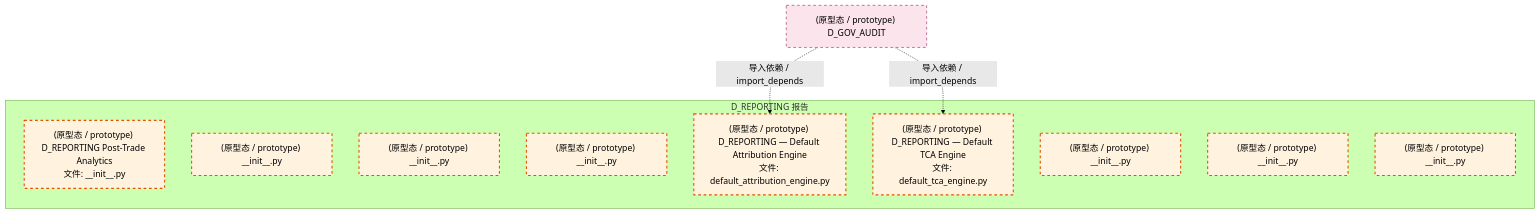
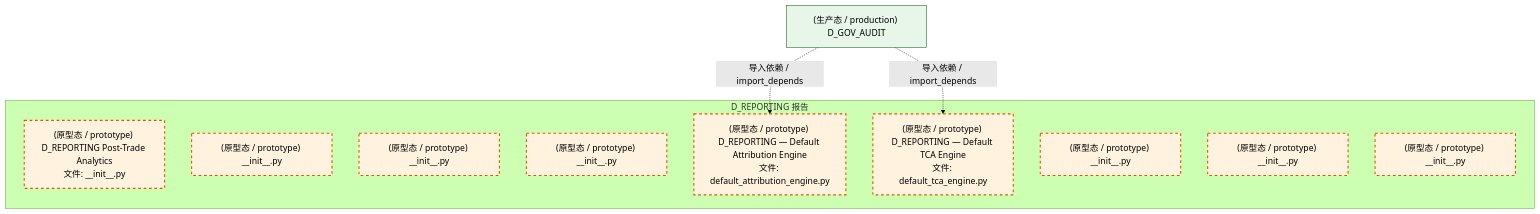
One commit to xuanFelixVan/ZephyrAlpha changed the third of 4 diagrams in docs/02_enterprise_architecture/02_domain_architecture_docs/21_d_reporting.md. Above: the diagram before and after it, drawn with Mermaid (forest theme). The commit also changed other lines of this file and 112 other files, not shown here.

````diff
--- a/docs/02_enterprise_architecture/02_domain_architecture_docs/21_d_reporting.md
+++ b/docs/02_enterprise_architecture/02_domain_architecture_docs/21_d_reporting.md
@@ -133,23 +134,23 @@
 ```mermaid
 graph TD
     subgraph D_REPORTING["D_REPORTING 报告"]
         src_zephyr_reporting_init_py["(原型态 / prototype) D_REPORTING Post-Trade Analytics<br/>文件: __init__.py"]
         src_zephyr_reporting_extensions_init_py["(原型态 / prototype) __init__.py"]
         src_zephyr_reporting_api_init_py["(原型态 / prototype) __init__.py"]
         src_zephyr_reporting_core_init_py["(原型态 / prototype) __init__.py"]
         src_zephyr_reporting_default_attribution_engine_py["(原型态 / prototype) D_REPORTING — Default Attribution Engine<br/>文件: default_attribution_engine.py"]
         src_zephyr_reporting_default_tca_engine_py["(原型态 / prototype) D_REPORTING — Default TCA Engine<br/>文件: default_tca_engine.py"]
         src_zephyr_reporting_infrastructure_init_py["(原型态 / prototype) __init__.py"]
         src_zephyr_reporting_models_init_py["(原型态 / prototype) __init__.py"]
         src_zephyr_reporting_services_init_py["(原型态 / prototype) __init__.py"]
     end
-    D_GOV_AUDIT["(原型态 / prototype) D_GOV_AUDIT"]
+    D_GOV_AUDIT["(生产态 / production) D_GOV_AUDIT"]
+    D_GOV_AUDIT -.->|导入依赖 / import_depends| src_zephyr_reporting_default_tca_engine_py
     D_GOV_AUDIT -.->|导入依赖 / import_depends| src_zephyr_reporting_default_attribution_engine_py
-    D_GOV_AUDIT -.->|导入依赖 / import_depends| src_zephyr_reporting_default_tca_engine_py
     classDef production fill:#e1f5fe,stroke:#01579b,stroke-width:2px,color:#000
     classDef design fill:#fff3e0,stroke:#e65100,stroke-width:2px,color:#000,stroke-dasharray: 5 5
     classDef external_prod fill:#e8f5e9,stroke:#1b5e20,stroke-width:1px,color:#000
     classDef external_design fill:#fce4ec,stroke:#880e4f,stroke-width:1px,color:#000,stroke-dasharray: 5 5
     class src_zephyr_reporting_init_py,src_zephyr_reporting_extensions_init_py,src_zephyr_reporting_api_init_py,src_zephyr_reporting_core_init_py,src_zephyr_reporting_default_attribution_engine_py,src_zephyr_reporting_default_tca_engine_py,src_zephyr_reporting_infrastructure_init_py,src_zephyr_reporting_models_init_py,src_zephyr_reporting_services_init_py design
-    class D_GOV_AUDIT external_design
+    class D_GOV_AUDIT external_prod
 ```
````
